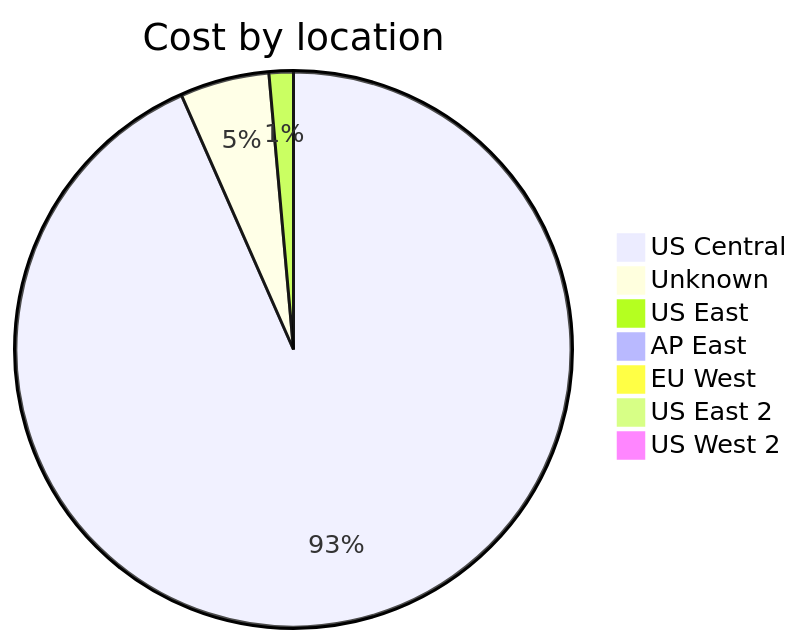
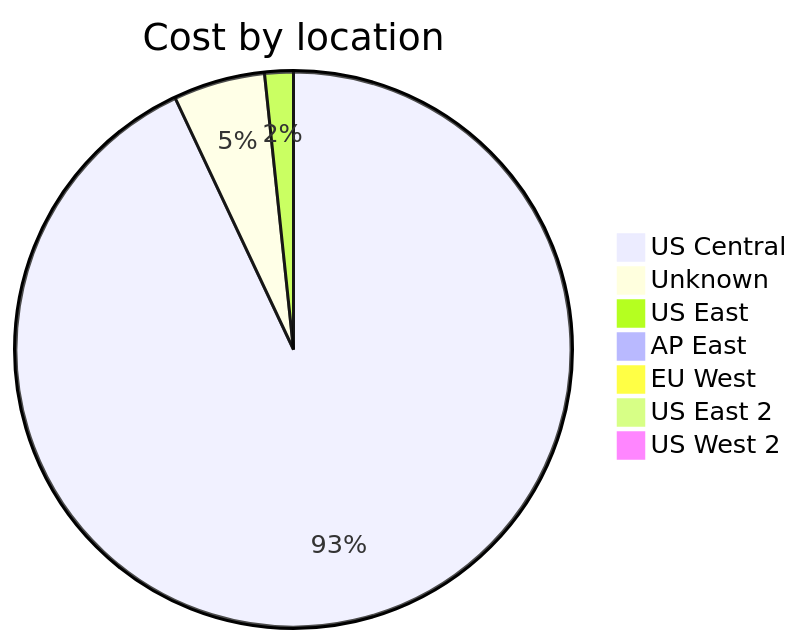
The third of 4 diagrams in cost-reports/accumulated-cost.md (jpfulton/azure-personal-reports), drawn with Mermaid before and after one commit. The commit also changed other lines of this file and 4 other files, not shown here.

````diff
--- a/cost-reports/accumulated-cost.md
+++ b/cost-reports/accumulated-cost.md
@@ -119,11 +121,11 @@
 ```mermaid
 pie
    title Cost by location
-   "US Central" : 1.98
-   "Unknown" : 0.11
-   "US East" : 0.03
+   "US Central" : 2.79
+   "Unknown" : 0.16
+   "US East" : 0.05
    "AP East" : 0.00
    "EU West" : 0.00
    "US East 2" : 0.00
    "US West 2" : 0.00
 ```
````
